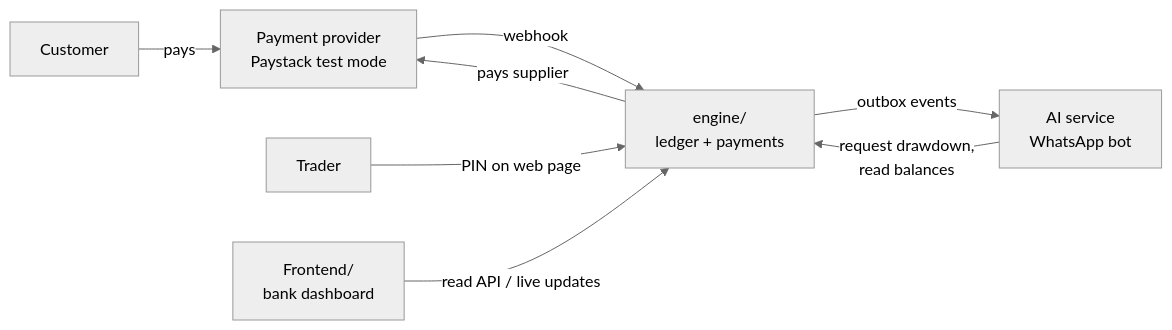
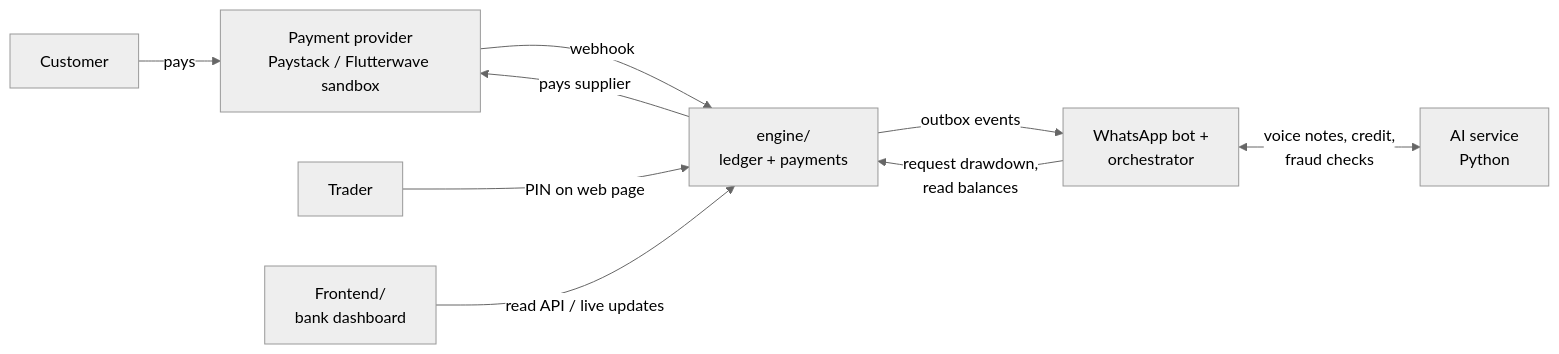
One commit to adeyanjufuhad/VeriFlow changed the diagram in README.md. Above: the diagram before and after it, drawn with Mermaid (neutral theme). The commit also changed other lines of this file, not shown here.

````diff
--- a/README.md
+++ b/README.md
@@ -32,10 +32,11 @@
 ```mermaid
 flowchart LR
-  Customer -->|pays| Provider[Payment provider<br/>Paystack test mode]
+  Customer -->|pays| Provider[Payment provider<br/>Paystack / Flutterwave sandbox]
   Provider -->|webhook| Engine[engine/<br/>ledger + payments]
-  Engine -->|outbox events| AI[AI service<br/>WhatsApp bot]
-  AI -->|request drawdown,<br/>read balances| Engine
+  Engine -->|outbox events| Bot[WhatsApp bot +<br/>orchestrator]
+  Bot <-->|voice notes, credit,<br/>fraud checks| AI[AI service<br/>Python]
+  Bot -->|request drawdown,<br/>read balances| Engine
   Trader -->|PIN on web page| Engine
   Engine -->|pays supplier| Provider
   Dashboard[Frontend/<br/>bank dashboard] -->|read API / live updates| Engine
 ```
````
